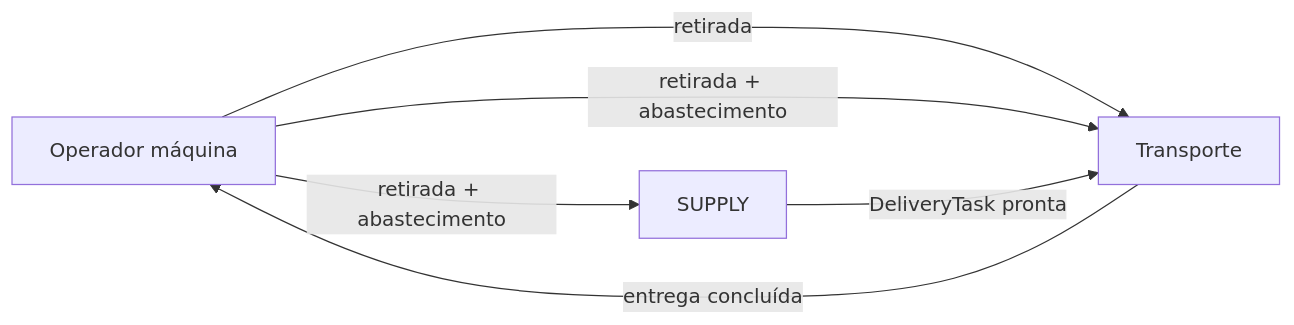
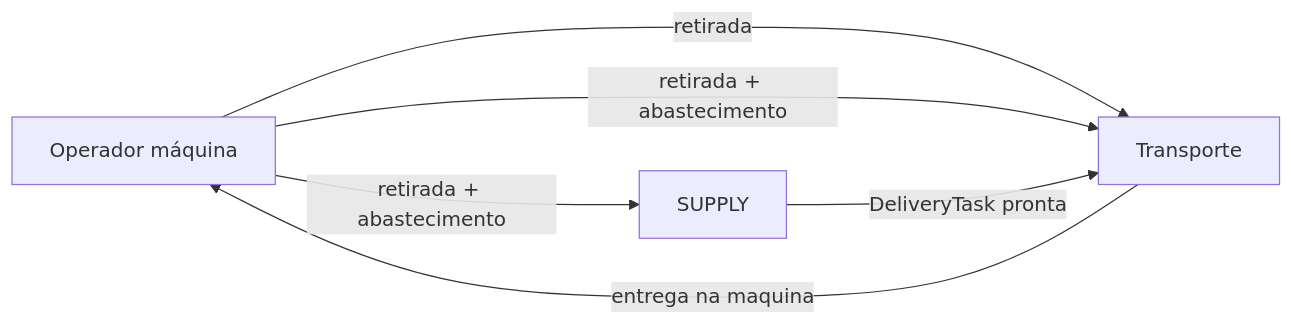
One commit to Pedertractor/project-forklift-flow changed the diagram in back-end/docs/REGRAS_NEGOCIO_REPOSICAO_OPERADOR.md. Above: the diagram before and after it, drawn with Mermaid. The commit also changed other lines of this file and 17 other files, not shown here.

````diff
--- a/back-end/docs/REGRAS_NEGOCIO_REPOSICAO_OPERADOR.md
+++ b/back-end/docs/REGRAS_NEGOCIO_REPOSICAO_OPERADOR.md
@@ -100,11 +100,11 @@
 ```mermaid
 flowchart LR
   OM[Operador máquina]
   S[SUPPLY]
   T[Transporte]
   OM -->|retirada| T
   OM -->|retirada + abastecimento| S
   OM -->|retirada + abastecimento| T
   S -->|DeliveryTask pronta| T
-  T -->|entrega concluída| OM
+  T -->|entrega na maquina| OM
 ```
````
